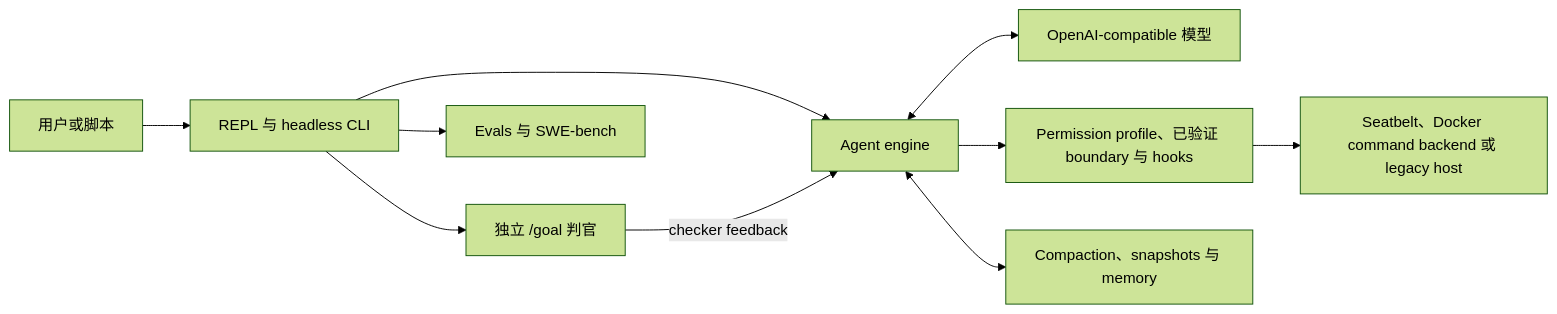
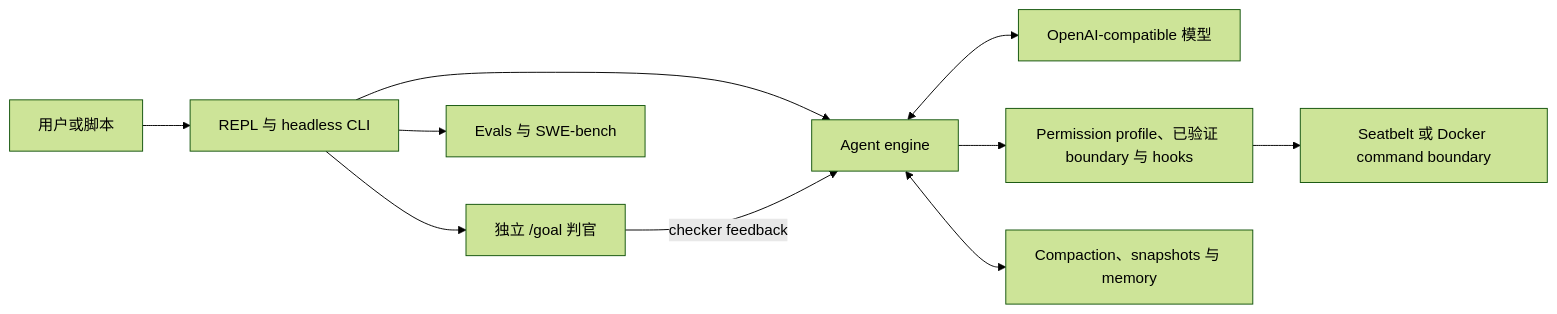
One commit to maisieyang/build-my-own-harness changed the diagram in README.zh-CN.md. Above: the diagram before and after it, drawn with Mermaid (forest theme). The commit also changed other lines of this file and 89 other files, not shown here.

````diff
--- a/README.zh-CN.md
+++ b/README.zh-CN.md
@@ -84,12 +84,12 @@
 ```mermaid
 flowchart LR
     U["用户或脚本"] --> C["REPL 与 headless CLI"]
     C --> E["Agent engine"]
     E <--> M["OpenAI-compatible 模型"]
     E --> P["Permission profile、已验证 boundary 与 hooks"]
-    P --> X["Seatbelt、Docker command backend 或 legacy host"]
+    P --> X["Seatbelt 或 Docker command boundary"]
     E <--> S["Compaction、snapshots 与 memory"]
     C --> V["独立 /goal 判官"]
     V -->|"checker feedback"| E
     C --> O["Evals 与 SWE-bench"]
 ```
````
